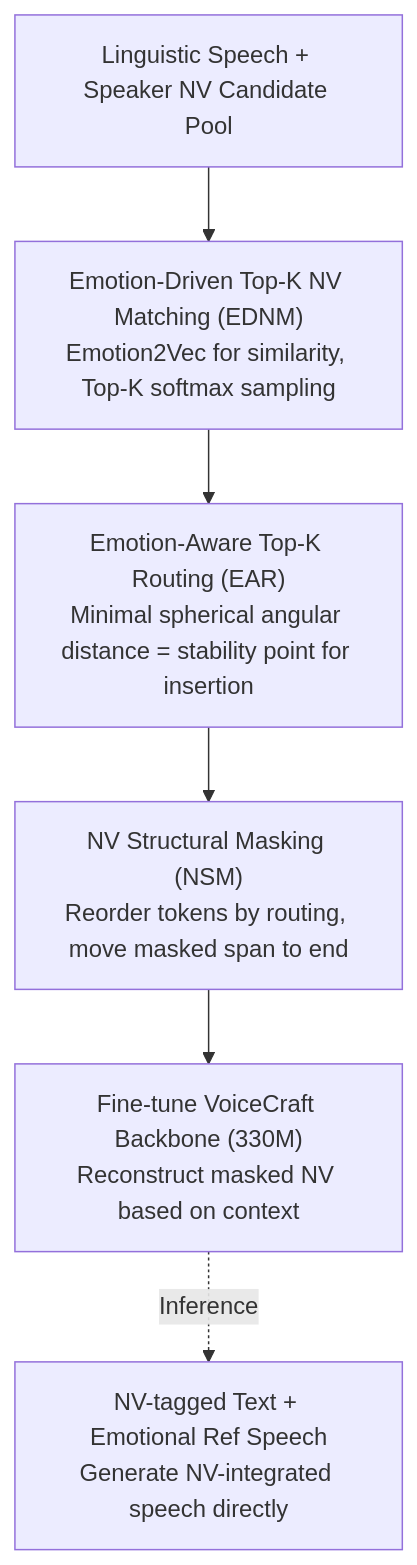
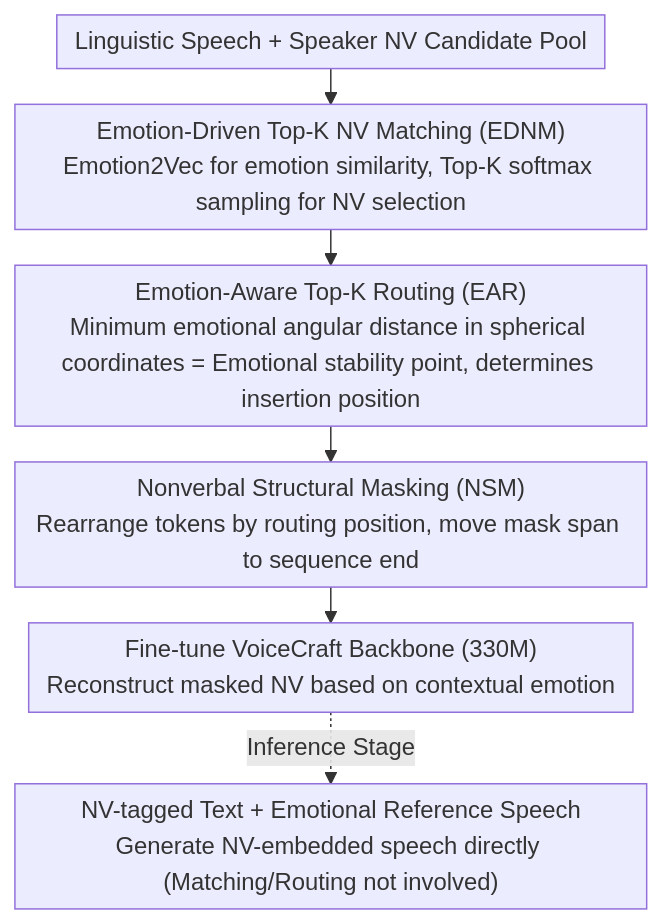
Before and after one commit to zhaoyang97/Paper-Notes-en: the diagram in docs/ACL2026/audio_speech/affectron_emotional_speech_synthesis_with_affective_and_contextually_aligned_non.md, drawn with Mermaid. The commit also changed other lines of this file and 5084 other files, not shown here.

````diff
--- a/docs/ACL2026/audio_speech/affectron_emotional_speech_synthesis_with_affective_and_contextually_aligned_non.md
+++ b/docs/ACL2026/audio_speech/affectron_emotional_speech_synthesis_with_affective_and_contextually_aligned_non.md
@@ -47,8 +47,9 @@
 ```mermaid
-graph TD
-    A["Linguistic Speech + Speaker NV Candidate Pool"] --> B["Emotion-Driven Top-K NV Matching (EDNM)<br/>Emotion2Vec for similarity, Top-K softmax sampling"]
-    B --> C["Emotion-Aware Top-K Routing (EAR)<br/>Minimal spherical angular distance = stability point for insertion"]
-    C --> D["NV Structural Masking (NSM)<br/>Reorder tokens by routing, move masked span to end"]
-    D --> E["Fine-tune VoiceCraft Backbone (330M)<br/>Reconstruct masked NV based on context"]
-    E -.Inference.-> F["NV-tagged Text + Emotional Ref Speech<br/>Generate NV-integrated speech directly"]
+%%{init: {'flowchart': {'rankSpacing': 24, 'nodeSpacing': 28, 'padding': 6, 'wrappingWidth': 400}}}%%
+flowchart TD
+    A["Linguistic Speech + Speaker NV Candidate Pool"] --> B["Emotion-Driven Top-K NV Matching (EDNM)<br/>Emotion2Vec for emotion similarity, Top-K softmax sampling for NV selection"]
+    B --> C["Emotion-Aware Top-K Routing (EAR)<br/>Minimum emotional angular distance in spherical coordinates = Emotional stability point, determines insertion position"]
+    C --> D["Nonverbal Structural Masking (NSM)<br/>Rearrange tokens by routing position, move mask span to sequence end"]
+    D --> E["Fine-tune VoiceCraft Backbone (330M)<br/>Reconstruct masked NV based on contextual emotion"]
+    E -.Inference Stage.-> F["NV-tagged Text + Emotional Reference Speech<br/>Generate NV-embedded speech directly (Matching/Routing not involved)"]
 ```
````
